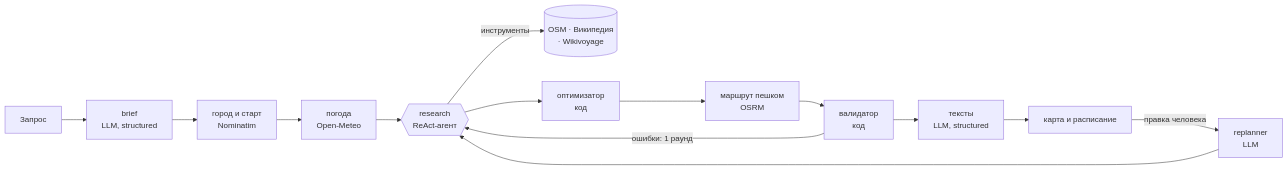
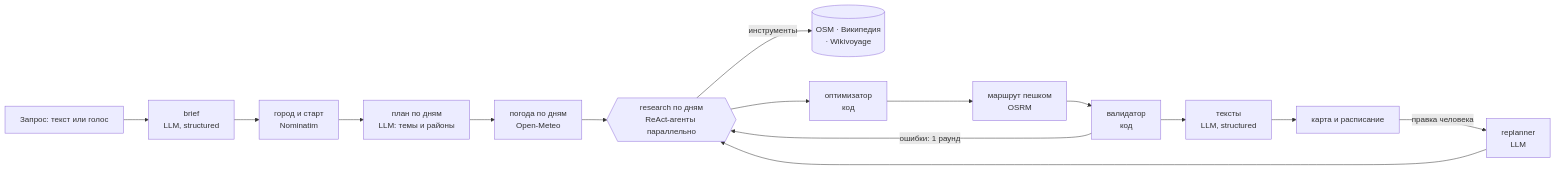
The diagram in README.md (dgornin/progulka), drawn with Mermaid before and after one commit. The commit also changed other lines of this file, not shown here.

````diff
--- a/README.md
+++ b/README.md
@@ -87,15 +100,16 @@
 ```mermaid
 flowchart LR
-    Q[Запрос] --> B[brief<br/>LLM, structured]
+    Q[Запрос: текст или голос] --> B[brief<br/>LLM, structured]
     B --> G[город и старт<br/>Nominatim]
-    G --> W[погода<br/>Open-Meteo]
-    W --> R{{research<br/>ReAct-агент}}
+    G --> D[план по дням<br/>LLM: темы и районы]
+    D --> W[погода по дням<br/>Open-Meteo]
+    W --> R{{research по дням<br/>ReAct-агенты параллельно}}
     R -- инструменты --> S[(OSM · Википедия<br/>· Wikivoyage)]
     R --> O[оптимизатор<br/>код]
     O --> P[маршрут пешком<br/>OSRM]
     P --> V[валидатор<br/>код]
     V -- ошибки: 1 раунд --> R
     V --> T[тексты<br/>LLM, structured]
     T --> U[карта и расписание]
     U -- правка человека --> F[replanner<br/>LLM] --> R
 ```
````
